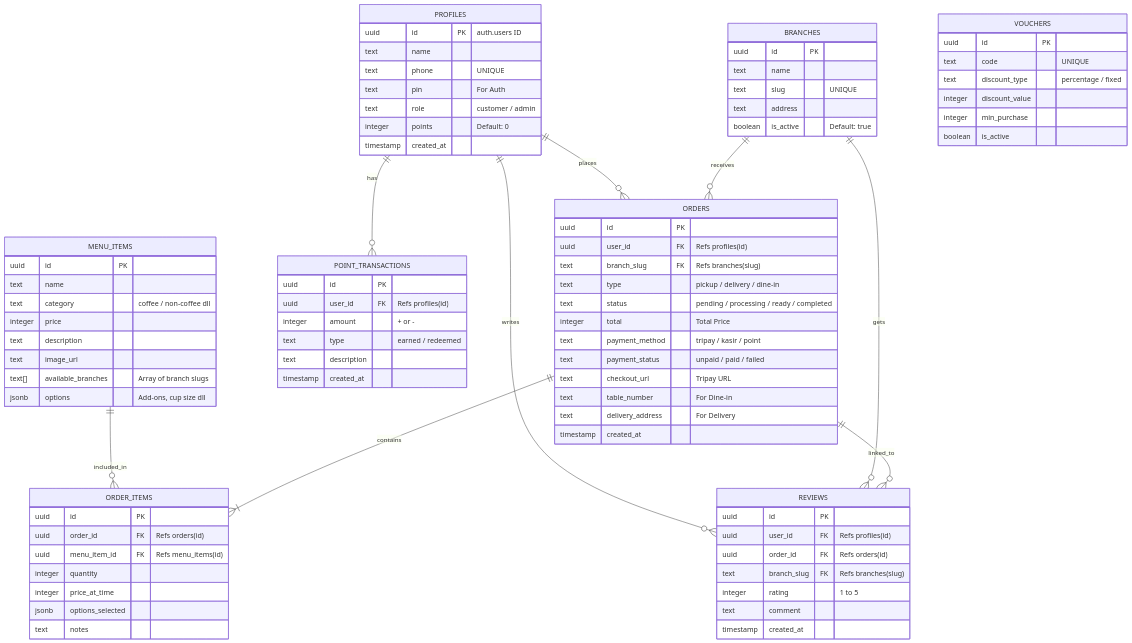
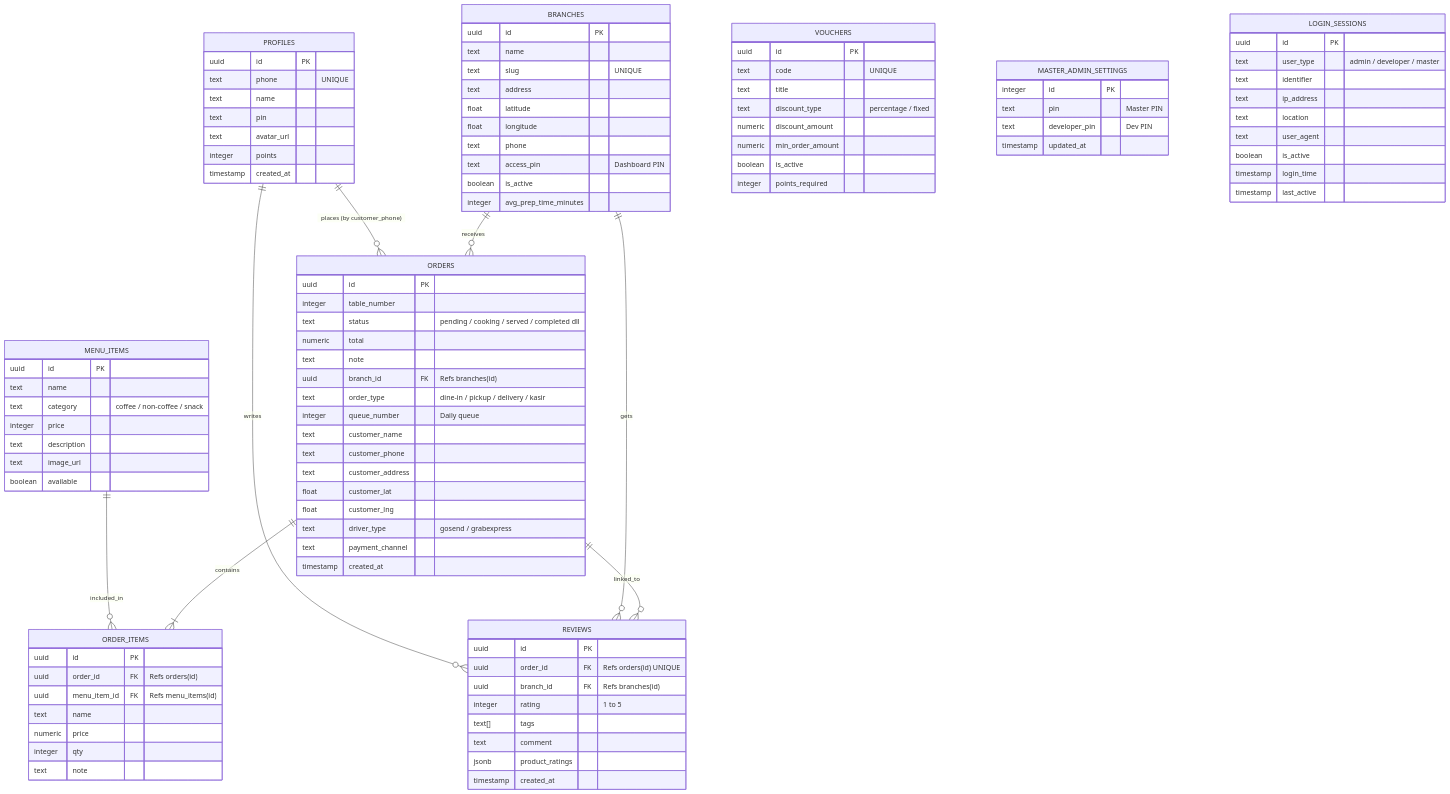
Before and after one commit to teukufahmiii/Coffe: the diagram in docs/ERD.md, drawn with Mermaid. The commit also changed other lines of this file and 73 other files, not shown here.

````diff
--- a/docs/ERD.md
+++ b/docs/ERD.md
@@ -7,7 +7,6 @@
 ```mermaid
 erDiagram
-    PROFILES ||--o{ ORDERS : "places"
-    PROFILES ||--o{ POINT_TRANSACTIONS : "has"
+    PROFILES ||--o{ ORDERS : "places (by customer_phone)"
     PROFILES ||--o{ REVIEWS : "writes"
     
     BRANCHES ||--o{ ORDERS : "receives"
@@ -19,12 +18,12 @@
     ORDERS ||--o{ REVIEWS : "linked_to"
     
     PROFILES {
-        uuid id PK "auth.users ID"
+        uuid id PK
+        text phone "UNIQUE"
         text name
-        text phone "UNIQUE"
-        text pin "For Auth"
-        text role "customer / admin"
-        integer points "Default: 0"
+        text pin
+        text avatar_url
+        integer points
         timestamp created_at
     }
 
@@ -33,32 +32,40 @@
         text name
         text slug "UNIQUE"
         text address
-        boolean is_active "Default: true"
+        float latitude
+        float longitude
+        text phone
+        text access_pin "Dashboard PIN"
+        boolean is_active
+        integer avg_prep_time_minutes
     }
 
     MENU_ITEMS {
         uuid id PK
         text name
-        text category "coffee / non-coffee dll"
+        text category "coffee / non-coffee / snack"
         integer price
         text description
         text image_url
-        text[] available_branches "Array of branch slugs"
-        jsonb options "Add-ons, cup size dll"
+        boolean available
     }
 
     ORDERS {
         uuid id PK
-        uuid user_id FK "Refs profiles(id)"
-        text branch_slug FK "Refs branches(slug)"
-        text type "pickup / delivery / dine-in"
-        text status "pending / processing / ready / completed"
-        integer total "Total Price"
-        text payment_method "tripay / kasir / point"
-        text payment_status "unpaid / paid / failed"
-        text checkout_url "Tripay URL"
-        text table_number "For Dine-in"
-        text delivery_address "For Delivery"
+        integer table_number
+        text status "pending / cooking / served / completed dll"
+        numeric total
+        text note
+        uuid branch_id FK "Refs branches(id)"
+        text order_type "dine-in / pickup / delivery / kasir"
+        integer queue_number "Daily queue"
+        text customer_name
+        text customer_phone
+        text customer_address
+        float customer_lat
+        float customer_lng
+        text driver_type "gosend / grabexpress"
+        text payment_channel
         timestamp created_at
     }
 
@@ -66,37 +73,50 @@
         uuid id PK
         uuid order_id FK "Refs orders(id)"
         uuid menu_item_id FK "Refs menu_items(id)"
-        integer quantity
-        integer price_at_time
-        jsonb options_selected
-        text notes
+        text name
+        numeric price
+        integer qty
+        text note
     }
 
     REVIEWS {
         uuid id PK
-        uuid user_id FK "Refs profiles(id)"
-        uuid order_id FK "Refs orders(id)"
-        text branch_slug FK "Refs branches(slug)"
+        uuid order_id FK "Refs orders(id) UNIQUE"
+        uuid branch_id FK "Refs branches(id)"
         integer rating "1 to 5"
+        text[] tags
         text comment
+        jsonb product_ratings
         timestamp created_at
     }
 
     VOUCHERS {
         uuid id PK
         text code "UNIQUE"
+        text title
         text discount_type "percentage / fixed"
-        integer discount_value
-        integer min_purchase
+        numeric discount_amount
+        numeric min_order_amount
         boolean is_active
+        integer points_required
     }
 
-    POINT_TRANSACTIONS {
+    MASTER_ADMIN_SETTINGS {
+        integer id PK
+        text pin "Master PIN"
+        text developer_pin "Dev PIN"
+        timestamp updated_at
+    }
+
+    LOGIN_SESSIONS {
         uuid id PK
-        uuid user_id FK "Refs profiles(id)"
-        integer amount "+ or -"
-        text type "earned / redeemed"
-        text description
-        timestamp created_at
+        text user_type "admin / developer / master"
+        text identifier
+        text ip_address
+        text location
+        text user_agent
+        boolean is_active
+        timestamp login_time
+        timestamp last_active
     }
 ```
````
